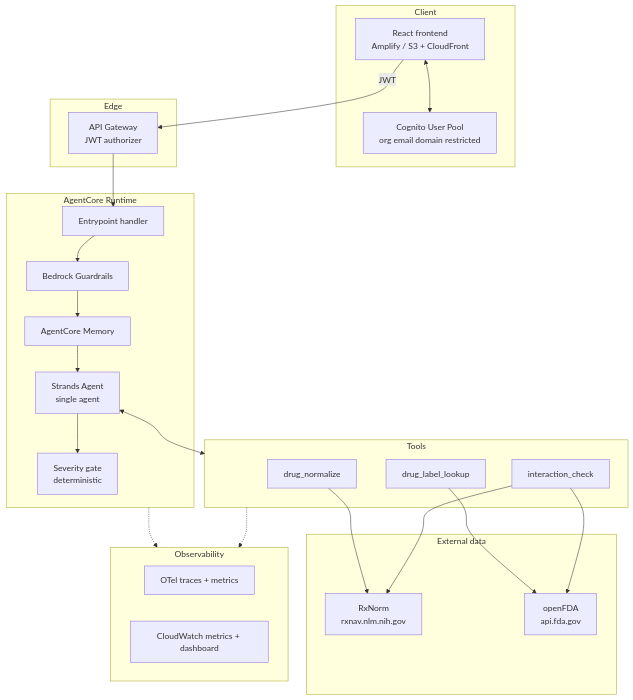
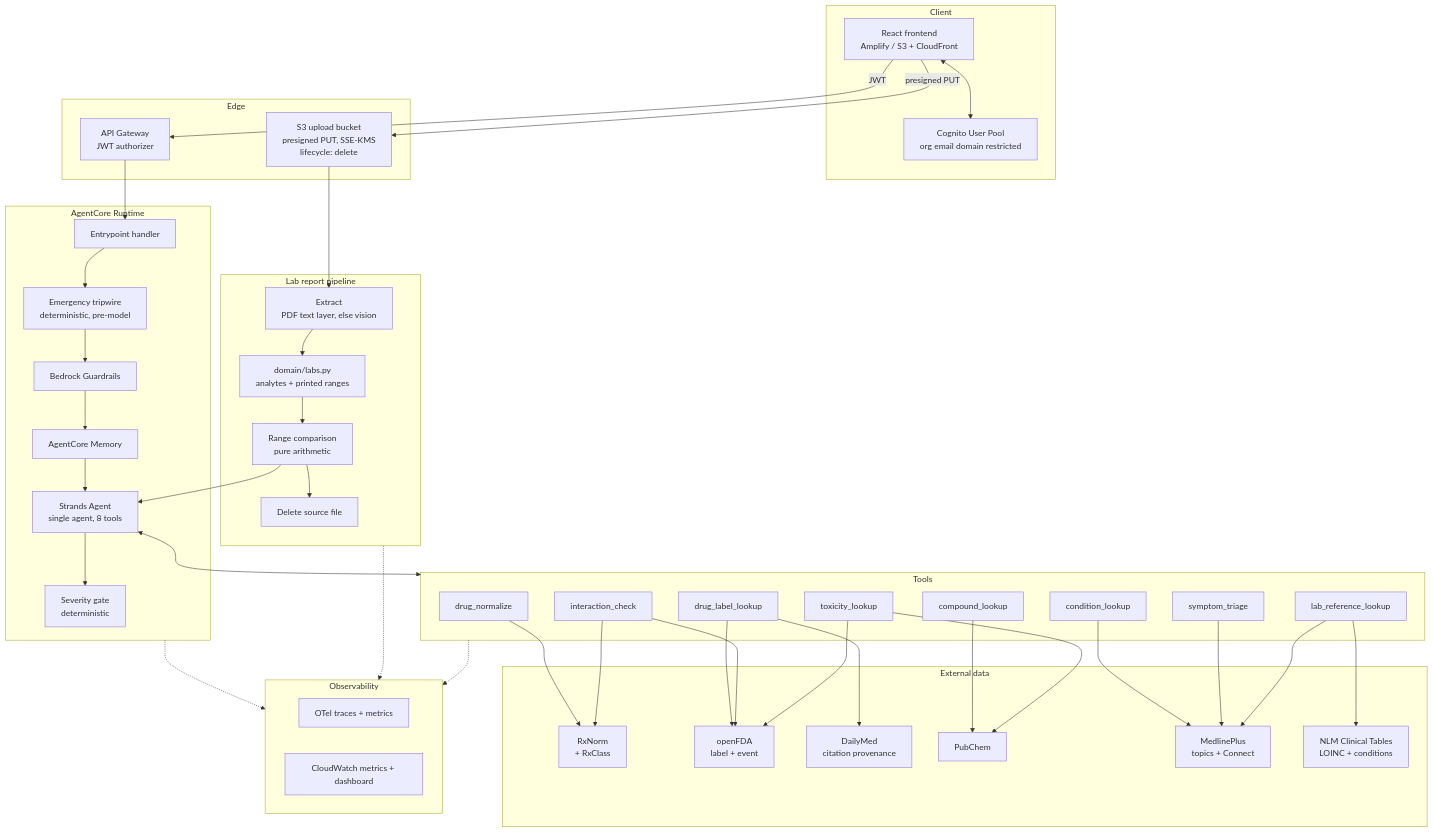
Before and after one commit to KaarthikMS/drugagent: the diagram in docs/architecture.md, drawn with Mermaid. The commit also changed other lines of this file and 5 other files, not shown here.

First line of the commit message:
docs: rewrite architecture, dataflow and plan for full scope

````diff
--- a/docs/architecture.md
+++ b/docs/architecture.md
@@ -32,46 +63,76 @@
 ```mermaid
 flowchart TB
     subgraph CLIENT["Client"]
         FE["React frontend<br/>Amplify / S3 + CloudFront"]
         COG["Cognito User Pool<br/>org email domain restricted"]
         FE <--> COG
     end
 
     subgraph EDGE["Edge"]
         APIGW["API Gateway<br/>JWT authorizer"]
+        S3["S3 upload bucket<br/>presigned PUT, SSE-KMS<br/>lifecycle: delete"]
     end
 
     subgraph RUNTIME["AgentCore Runtime"]
         HANDLER["Entrypoint handler"]
+        TW["Emergency tripwire<br/>deterministic, pre-model"]
         GRD["Bedrock Guardrails"]
         MEM["AgentCore Memory"]
-        AGENT["Strands Agent<br/>single agent"]
+        AGENT["Strands Agent<br/>single agent, 8 tools"]
         GATE["Severity gate<br/>deterministic"]
-        HANDLER --> GRD --> MEM --> AGENT --> GATE
+        HANDLER --> TW --> GRD --> MEM --> AGENT --> GATE
+    end
+
+    subgraph LAB["Lab report pipeline"]
+        EXTRACT["Extract<br/>PDF text layer, else vision"]
+        PARSE["domain/labs.py<br/>analytes + printed ranges"]
+        FLAG["Range comparison<br/>pure arithmetic"]
+        DEL["Delete source file"]
+        EXTRACT --> PARSE --> FLAG --> DEL
     end
 
     subgraph TOOLS["Tools"]
         T1["drug_normalize"]
         T2["drug_label_lookup"]
         T3["interaction_check"]
+        T4["compound_lookup"]
+        T5["toxicity_lookup"]
+        T6["condition_lookup"]
+        T7["symptom_triage"]
+        T8["lab_reference_lookup"]
     end
 
     subgraph EXT["External data"]
-        RX["RxNorm<br/>rxnav.nlm.nih.gov"]
-        FDA["openFDA<br/>api.fda.gov"]
+        RX["RxNorm<br/>+ RxClass"]
+        FDA["openFDA<br/>label + event"]
+        DM["DailyMed<br/>citation provenance"]
+        PC["PubChem"]
+        MP["MedlinePlus<br/>topics + Connect"]
+        CT["NLM Clinical Tables<br/>LOINC + conditions"]
     end
 
     subgraph OBS["Observability"]
         OTEL["OTel traces + metrics"]
         CW["CloudWatch metrics + dashboard"]
     end
 
     FE -->|JWT| APIGW --> HANDLER
+    FE -->|presigned PUT| S3 --> EXTRACT
+    FLAG --> AGENT
     AGENT <--> TOOLS
     T1 --> RX
     T2 --> FDA
+    T2 --> DM
+    T3 --> FDA
     T3 --> RX
-    T3 --> FDA
+    T4 --> PC
+    T5 --> FDA
+    T5 --> PC
+    T6 --> MP
+    T7 --> MP
+    T8 --> CT
+    T8 --> MP
     RUNTIME -.-> OBS
+    LAB -.-> OBS
     TOOLS -.-> OBS
 ```
````
